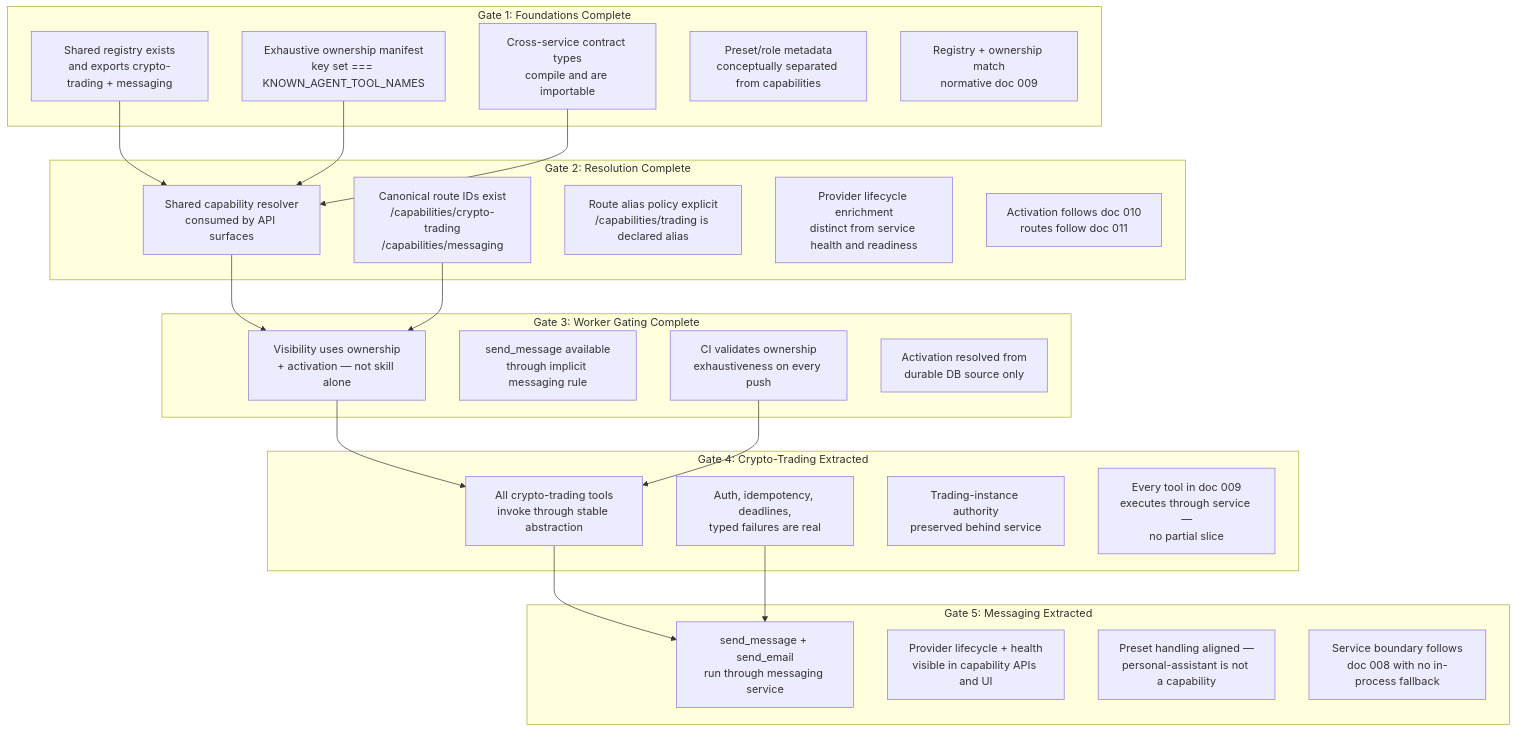
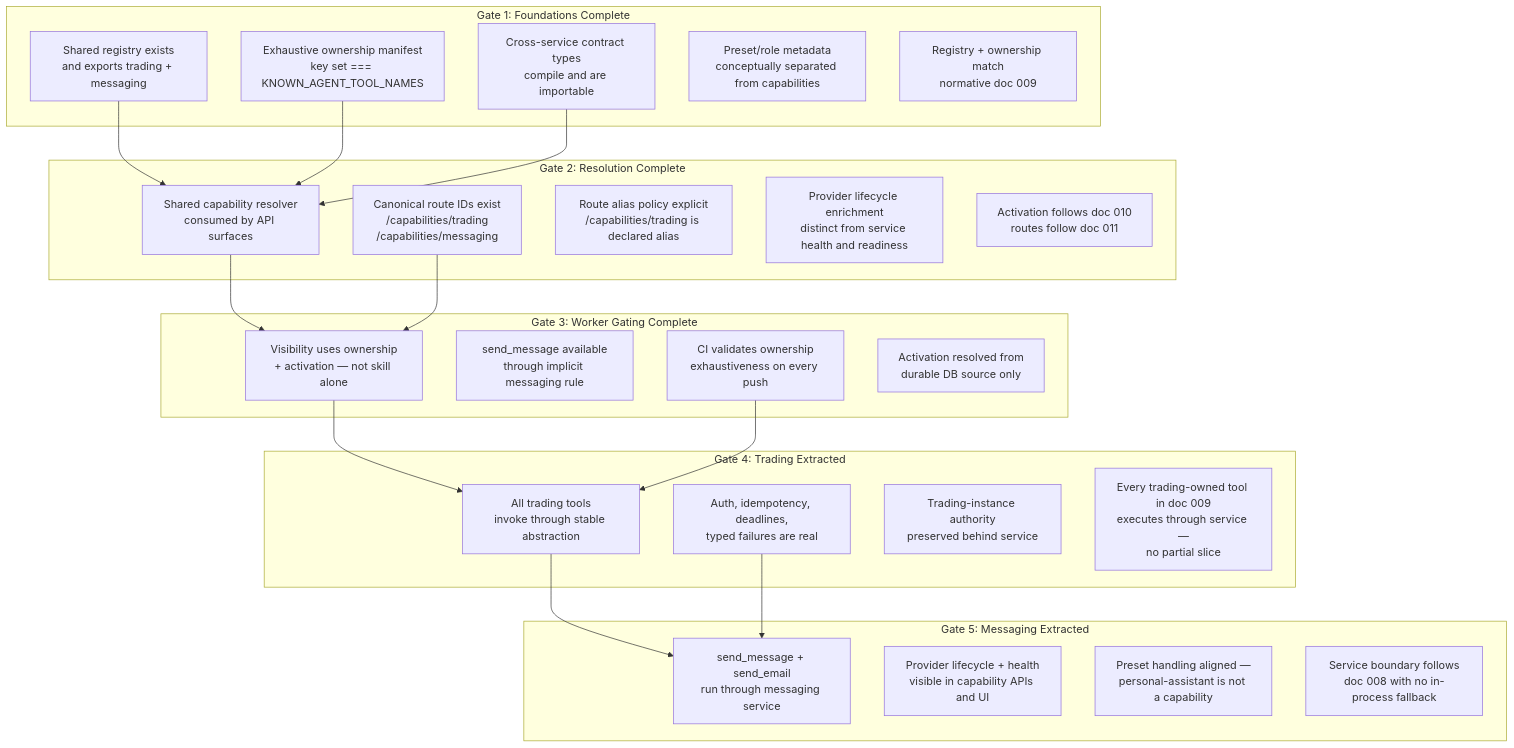
One commit to poshjosh/herobids changed the second of 3 diagrams in docs/features/pending/000-capability-foundations/diagrams/phase-transitions.md. Above: the diagram before and after it, drawn with Mermaid. The commit also changed other lines of this file and 60 other files, not shown here.

````diff
--- a/docs/features/pending/000-capability-foundations/diagrams/phase-transitions.md
+++ b/docs/features/pending/000-capability-foundations/diagrams/phase-transitions.md
@@ -76,49 +76,49 @@
 ```mermaid
 flowchart TB
   subgraph "Gate 1: Foundations Complete"
-    g1_registry[Shared registry exists<br/>and exports crypto-trading + messaging]
+    g1_registry[Shared registry exists<br/>and exports trading + messaging]
     g1_ownership[Exhaustive ownership manifest<br/>key set === KNOWN_AGENT_TOOL_NAMES]
     g1_contract[Cross-service contract types<br/>compile and are importable]
     g1_presets[Preset/role metadata<br/>conceptually separated from capabilities]
     g1_match[Registry + ownership match<br/>normative doc 009]
   end
 
   subgraph "Gate 2: Resolution Complete"
     g2_resolver[Shared capability resolver<br/>consumed by API surfaces]
-    g2_routes[Canonical route IDs exist<br/>/capabilities/crypto-trading<br/>/capabilities/messaging]
+    g2_routes[Canonical route IDs exist<br/>/capabilities/trading<br/>/capabilities/messaging]
     g2_aliases[Route alias policy explicit<br/>/capabilities/trading is declared alias]
     g2_lifecycle[Provider lifecycle enrichment<br/>distinct from service health and readiness]
     g2_activation[Activation follows doc 010<br/>routes follow doc 011]
   end
 
   subgraph "Gate 3: Worker Gating Complete"
     g3_ownership_vis[Visibility uses ownership<br/>+ activation — not skill alone]
     g3_send_message[send_message available<br/>through implicit messaging rule]
     g3_ci[CI validates ownership<br/>exhaustiveness on every push]
     g3_activation_src[Activation resolved from<br/>durable DB source only]
   end
 
-  subgraph "Gate 4: Crypto-Trading Extracted"
-    g4_invocation[All crypto-trading tools<br/>invoke through stable abstraction]
+  subgraph "Gate 4: Trading Extracted"
+    g4_invocation[All trading tools<br/>invoke through stable abstraction]
     g4_security[Auth, idempotency, deadlines,<br/>typed failures are real]
     g4_authority[Trading-instance authority<br/>preserved behind service]
-    g4_complete[Every tool in doc 009<br/>executes through service —<br/>no partial slice]
+    g4_complete[Every trading-owned tool in doc 009<br/>executes through service —<br/>no partial slice]
   end
 
   subgraph "Gate 5: Messaging Extracted"
     g5_service[send_message + send_email<br/>run through messaging service]
     g5_lifecycle[Provider lifecycle + health<br/>visible in capability APIs and UI]
     g5_presets[Preset handling aligned —<br/>personal-assistant is not a capability]
     g5_contract[Service boundary follows<br/>doc 008 with no in-process fallback]
   end
 
   g1_registry --> g2_resolver
   g1_ownership --> g2_resolver
   g1_contract --> g2_resolver
   g2_resolver --> g3_ownership_vis
   g2_routes --> g3_ownership_vis
   g3_ownership_vis --> g4_invocation
   g3_ci --> g4_invocation
   g4_invocation --> g5_service
   g4_security --> g5_service
 ```
````
